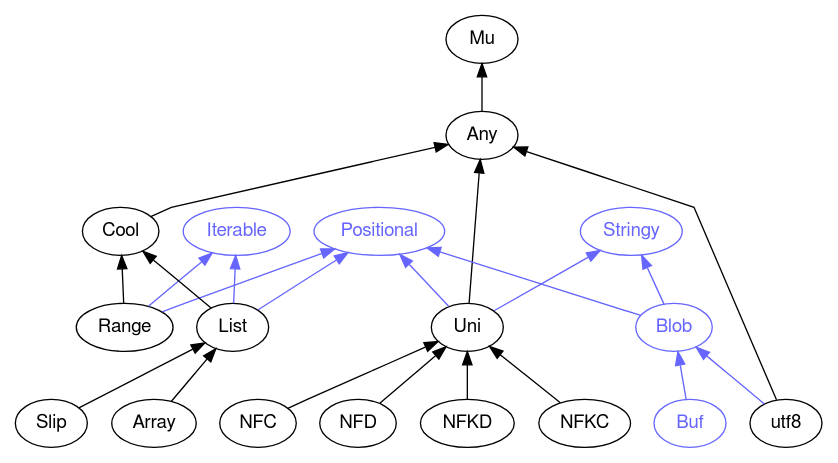
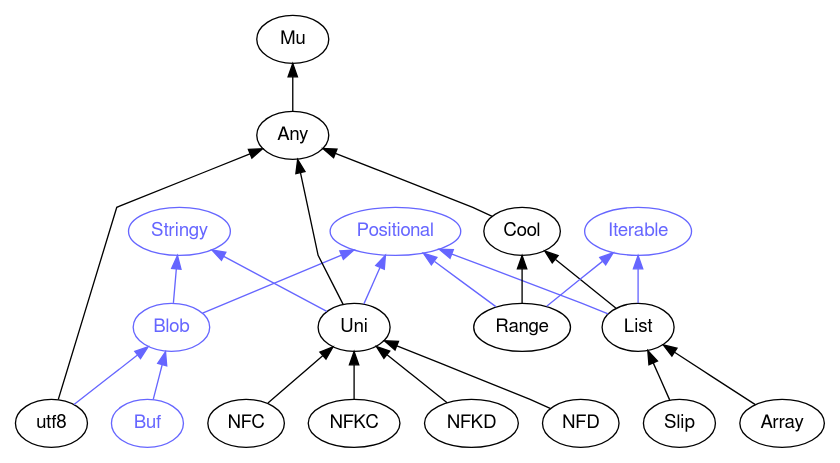
Before and after one commit to perl6docs/perl6docs.github.io: the diagram in images/type-graph-Positional.svg.dot, drawn with Graphviz. The commit also changed other lines of this file and 4422 other files, not shown here.

```diff
--- a/images/type-graph-Positional.svg.dot
+++ b/images/type-graph-Positional.svg.dot
@@ -1,50 +1,50 @@
 digraph "perl6-type-graph" {
     rankdir=BT;
     splines=polyline;
     overlap=false; 
     // Types
     "Positional" [color="#6666FF", fontcolor="#6666FF", href="/type/Positional", fontname="FreeSans"];
     "Mu" [color="#000000", fontcolor="#000000", href="/type/Mu", fontname="FreeSans"];
     "Any" [color="#000000", fontcolor="#000000", href="/type/Any", fontname="FreeSans"];
     "Cool" [color="#000000", fontcolor="#000000", href="/type/Cool", fontname="FreeSans"];
     "Iterable" [color="#6666FF", fontcolor="#6666FF", href="/type/Iterable", fontname="FreeSans"];
+    "List" [color="#000000", fontcolor="#000000", href="/type/List", fontname="FreeSans"];
     "Range" [color="#000000", fontcolor="#000000", href="/type/Range", fontname="FreeSans"];
-    "List" [color="#000000", fontcolor="#000000", href="/type/List", fontname="FreeSans"];
     "Stringy" [color="#6666FF", fontcolor="#6666FF", href="/type/Stringy", fontname="FreeSans"];
+    "Blob" [color="#6666FF", fontcolor="#6666FF", href="/type/Blob", fontname="FreeSans"];
     "Uni" [color="#000000", fontcolor="#000000", href="/type/Uni", fontname="FreeSans"];
-    "Blob" [color="#6666FF", fontcolor="#6666FF", href="/type/Blob", fontname="FreeSans"];
     "Slip" [color="#000000", fontcolor="#000000", href="/type/Slip", fontname="FreeSans"];
     "Array" [color="#000000", fontcolor="#000000", href="/type/Array", fontname="FreeSans"];
     "NFC" [color="#000000", fontcolor="#000000", href="/type/NFC", fontname="FreeSans"];
+    "NFKC" [color="#000000", fontcolor="#000000", href="/type/NFKC", fontname="FreeSans"];
+    "NFKD" [color="#000000", fontcolor="#000000", href="/type/NFKD", fontname="FreeSans"];
     "NFD" [color="#000000", fontcolor="#000000", href="/type/NFD", fontname="FreeSans"];
-    "NFKD" [color="#000000", fontcolor="#000000", href="/type/NFKD", fontname="FreeSans"];
-    "NFKC" [color="#000000", fontcolor="#000000", href="/type/NFKC", fontname="FreeSans"];
+    "utf8" [color="#000000", fontcolor="#000000", href="/type/utf8", fontname="FreeSans"];
     "Buf" [color="#6666FF", fontcolor="#6666FF", href="/type/Buf", fontname="FreeSans"];
-    "utf8" [color="#000000", fontcolor="#000000", href="/type/utf8", fontname="FreeSans"];
 
     // Superclasses
     "Any" -> "Mu" [color="#000000"];
     "Cool" -> "Any" [color="#000000"];
+    "List" -> "Cool" [color="#000000"];
     "Range" -> "Cool" [color="#000000"];
-    "List" -> "Cool" [color="#000000"];
     "Uni" -> "Any" [color="#000000"];
     "Slip" -> "List" [color="#000000"];
     "Array" -> "List" [color="#000000"];
     "NFC" -> "Uni" [color="#000000"];
+    "NFKC" -> "Uni" [color="#000000"];
+    "NFKD" -> "Uni" [color="#000000"];
     "NFD" -> "Uni" [color="#000000"];
-    "NFKD" -> "Uni" [color="#000000"];
-    "NFKC" -> "Uni" [color="#000000"];
     "utf8" -> "Any" [color="#000000"];
 
     // Roles
+    "List" -> "Positional" [color="#6666FF"];
+    "List" -> "Iterable" [color="#6666FF"];
     "Range" -> "Positional" [color="#6666FF"];
     "Range" -> "Iterable" [color="#6666FF"];
-    "List" -> "Positional" [color="#6666FF"];
-    "List" -> "Iterable" [color="#6666FF"];
+    "Blob" -> "Positional" [color="#6666FF"];
+    "Blob" -> "Stringy" [color="#6666FF"];
     "Uni" -> "Positional" [color="#6666FF"];
     "Uni" -> "Stringy" [color="#6666FF"];
-    "Blob" -> "Positional" [color="#6666FF"];
-    "Blob" -> "Stringy" [color="#6666FF"];
+    "utf8" -> "Blob" [color="#6666FF"];
     "Buf" -> "Blob" [color="#6666FF"];
-    "utf8" -> "Blob" [color="#6666FF"];
 }
```
